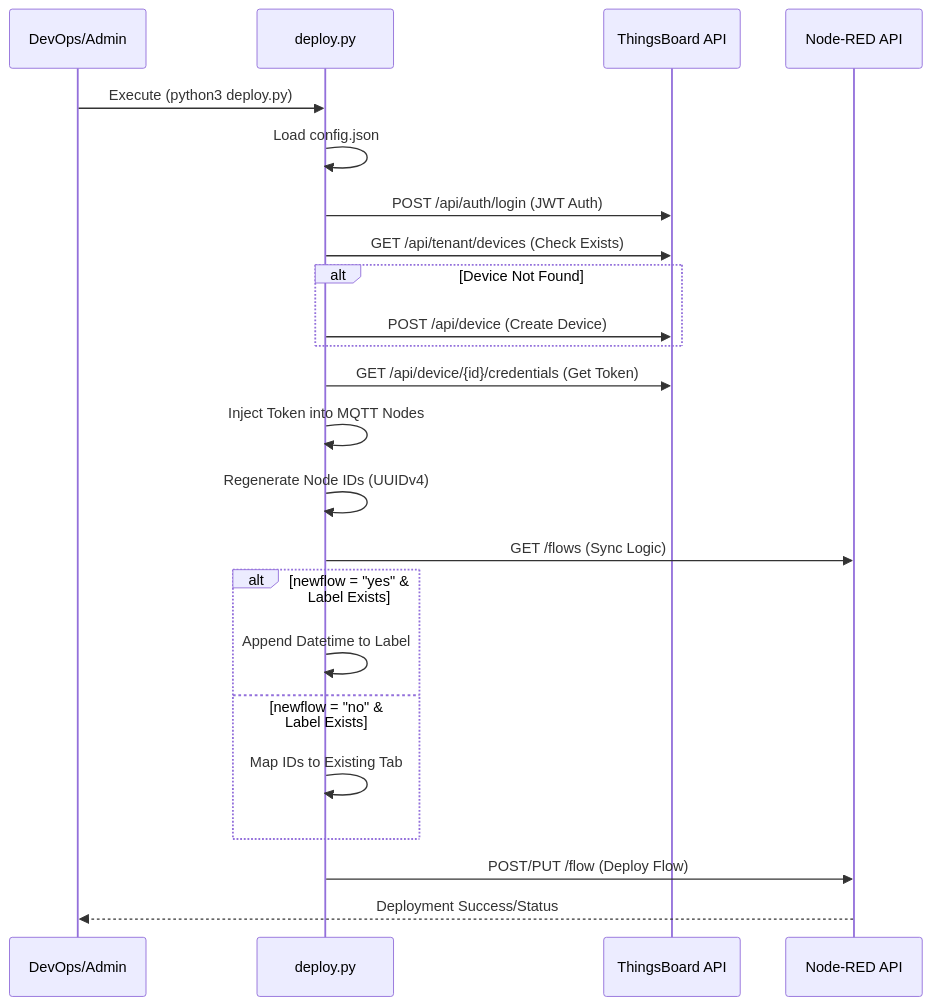
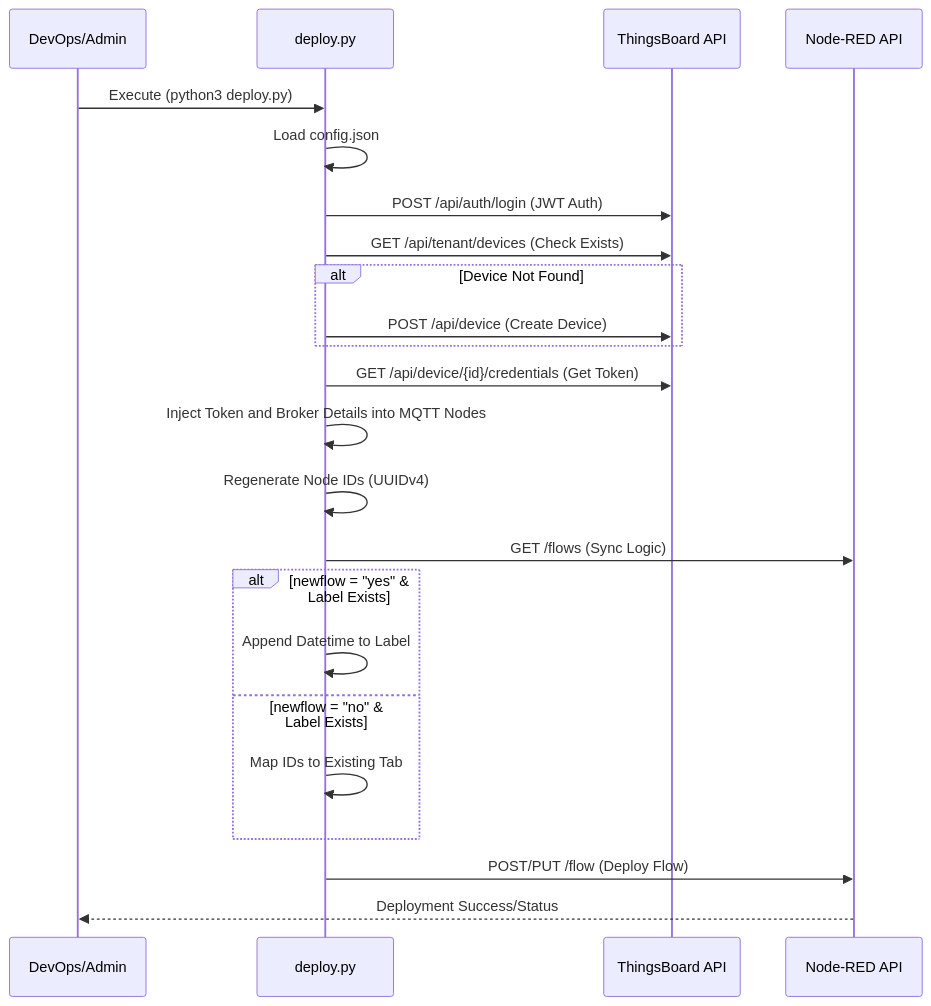
One commit to PiltiSmart/Pilti_Flows changed the first of 8 diagrams in README.md. Above: the diagram before and after it, drawn with Mermaid. The commit also changed other lines of this file and 2 other files, not shown here.

Commit message:
Update deploy.py, config.json, and README for dynamic broker injection

````diff
--- a/README.md
+++ b/README.md
@@ -28,26 +28,26 @@
 ```mermaid
 sequenceDiagram
     participant Admin as DevOps/Admin
     participant Script as deploy.py
     participant TB as ThingsBoard API
     participant NR as Node-RED API
 
     Admin->>Script: Execute (python3 deploy.py)
     Script->>Script: Load config.json
     Script->>TB: POST /api/auth/login (JWT Auth)
     Script->>TB: GET /api/tenant/devices (Check Exists)
     ALT Device Not Found
         Script->>TB: POST /api/device (Create Device)
     END
     Script->>TB: GET /api/device/{id}/credentials (Get Token)
-    Script->>Script: Inject Token into MQTT Nodes
+    Script->>Script: Inject Token and Broker Details into MQTT Nodes
     Script->>Script: Regenerate Node IDs (UUIDv4)
     Script->>NR: GET /flows (Sync Logic)
     ALT newflow = "yes" & Label Exists
         Script->>Script: Append Datetime to Label
     ELSE newflow = "no" & Label Exists
         Script->>Script: Map IDs to Existing Tab
     END
     Script->>NR: POST/PUT /flow (Deploy Flow)
     NR-->>Admin: Deployment Success/Status
 ```
````
